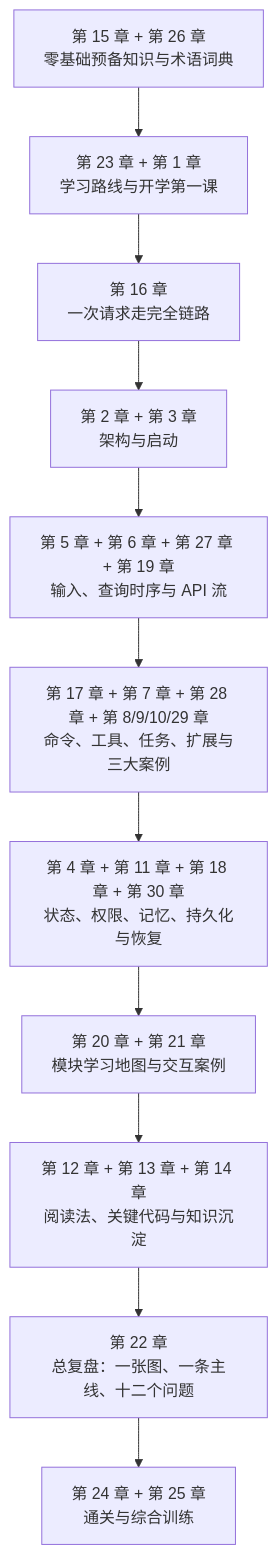
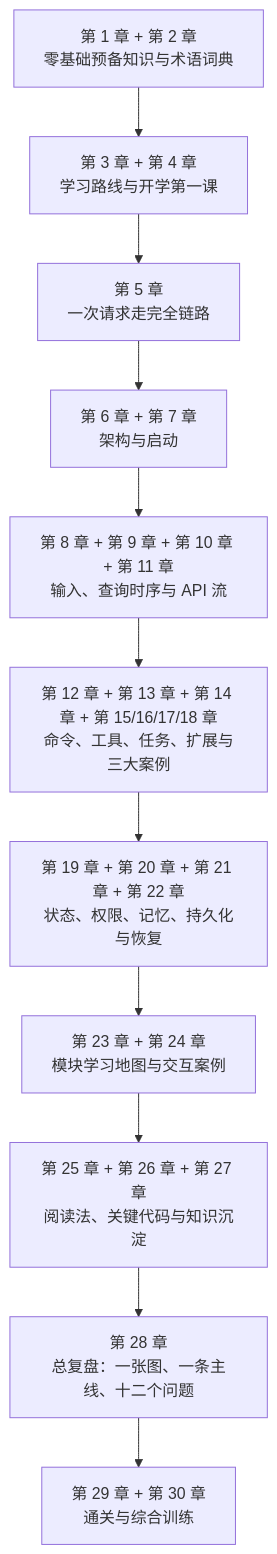
One commit to t4vddz2hkp-ux/anthropic-src-gitbook changed the first of 2 diagrams in README.md. Above: the diagram before and after it, drawn with Mermaid. The commit also changed other lines of this file and 31 other files, not shown here.

Commit message:
Reorder textbook into a linear reading sequence

````diff
--- a/README.md
+++ b/README.md
@@ -199,13 +199,13 @@
 ```mermaid
 flowchart TD
-    A["第 15 章 + 第 26 章<br/>零基础预备知识与术语词典"] --> B["第 23 章 + 第 1 章<br/>学习路线与开学第一课"]
-    B --> C["第 16 章<br/>一次请求走完全链路"]
-    C --> D["第 2 章 + 第 3 章<br/>架构与启动"]
-    D --> E["第 5 章 + 第 6 章 + 第 27 章 + 第 19 章<br/>输入、查询时序与 API 流"]
-    E --> F["第 17 章 + 第 7 章 + 第 28 章 + 第 8/9/10/29 章<br/>命令、工具、任务、扩展与三大案例"]
-    F --> G["第 4 章 + 第 11 章 + 第 18 章 + 第 30 章<br/>状态、权限、记忆、持久化与恢复"]
-    G --> H["第 20 章 + 第 21 章<br/>模块学习地图与交互案例"]
-    H --> I["第 12 章 + 第 13 章 + 第 14 章<br/>阅读法、关键代码与知识沉淀"]
-    I --> J["第 22 章<br/>总复盘：一张图、一条主线、十二个问题"]
-    J --> K["第 24 章 + 第 25 章<br/>通关与综合训练"]
+    A["第 1 章 + 第 2 章<br/>零基础预备知识与术语词典"] --> B["第 3 章 + 第 4 章<br/>学习路线与开学第一课"]
+    B --> C["第 5 章<br/>一次请求走完全链路"]
+    C --> D["第 6 章 + 第 7 章<br/>架构与启动"]
+    D --> E["第 8 章 + 第 9 章 + 第 10 章 + 第 11 章<br/>输入、查询时序与 API 流"]
+    E --> F["第 12 章 + 第 13 章 + 第 14 章 + 第 15/16/17/18 章<br/>命令、工具、任务、扩展与三大案例"]
+    F --> G["第 19 章 + 第 20 章 + 第 21 章 + 第 22 章<br/>状态、权限、记忆、持久化与恢复"]
+    G --> H["第 23 章 + 第 24 章<br/>模块学习地图与交互案例"]
+    H --> I["第 25 章 + 第 26 章 + 第 27 章<br/>阅读法、关键代码与知识沉淀"]
+    I --> J["第 28 章<br/>总复盘：一张图、一条主线、十二个问题"]
+    J --> K["第 29 章 + 第 30 章<br/>通关与综合训练"]
 ```
````
